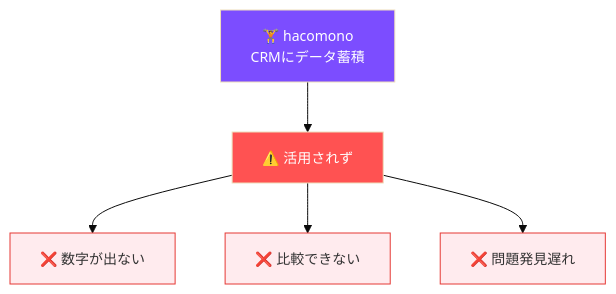
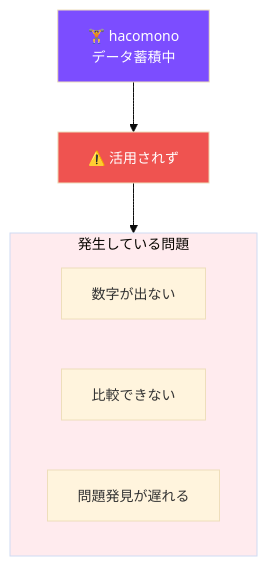
Before and after one commit to PLark-droid/lark-proposal: the fourth of 15 diagrams in docs/FITPLACE_LARK_PROPOSAL.md, drawn with Mermaid. The commit also changed other lines of this file, not shown here.

First line of the commit message:
docs: redesign Mermaid diagrams for A4 portrait layout

````diff
--- a/docs/FITPLACE_LARK_PROPOSAL.md
+++ b/docs/FITPLACE_LARK_PROPOSAL.md
@@ -126,15 +158,18 @@
 ```mermaid
-%%{init: {'theme': 'base', 'themeVariables': { 'fontSize': '14px'}}}%%
+%%{init: {'theme': 'base', 'themeVariables': {'fontSize': '14px'}}}%%
 flowchart TB
-    A["🏋️ hacomono\nCRMにデータ蓄積"]
-    A --> B["⚠️ 活用されず"]
-    B --> C1["❌ 数字が出ない"]
-    B --> C2["❌ 比較できない"]
-    B --> C3["❌ 問題発見遅れ"]
+    A["🏋️ hacomono<br/>データ蓄積中"]
+    B["⚠️ 活用されず"]
+
+    subgraph problems["発生している問題"]
+        C1["数字が出ない"]
+        C2["比較できない"]
+        C3["問題発見が遅れる"]
+    end
+
+    A --> B --> problems
 
     style A fill:#7c4dff,color:#fff
-    style B fill:#ff5252,color:#fff
-    style C1 fill:#ffebee,stroke:#e53935
-    style C2 fill:#ffebee,stroke:#e53935
-    style C3 fill:#ffebee,stroke:#e53935
+    style B fill:#ef5350,color:#fff
+    style problems fill:#ffebee
 ```
````
